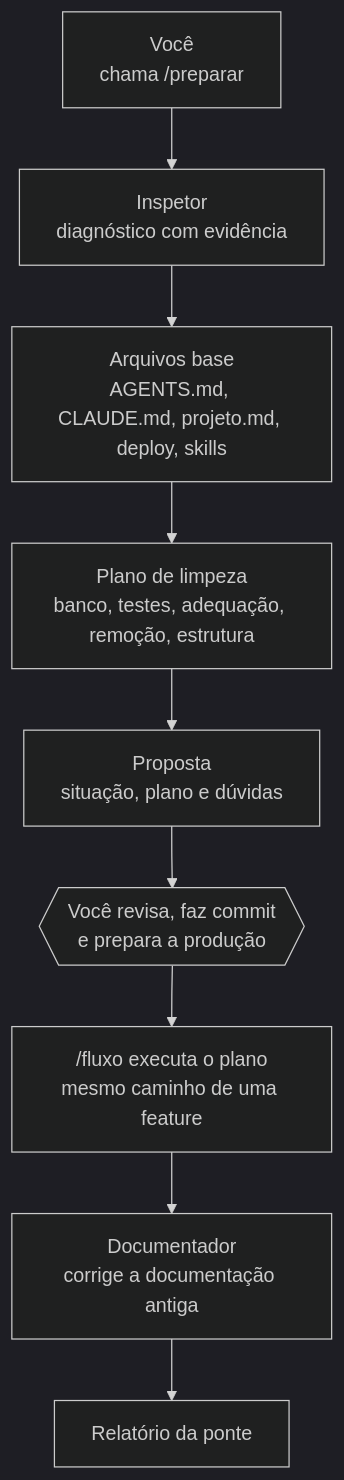
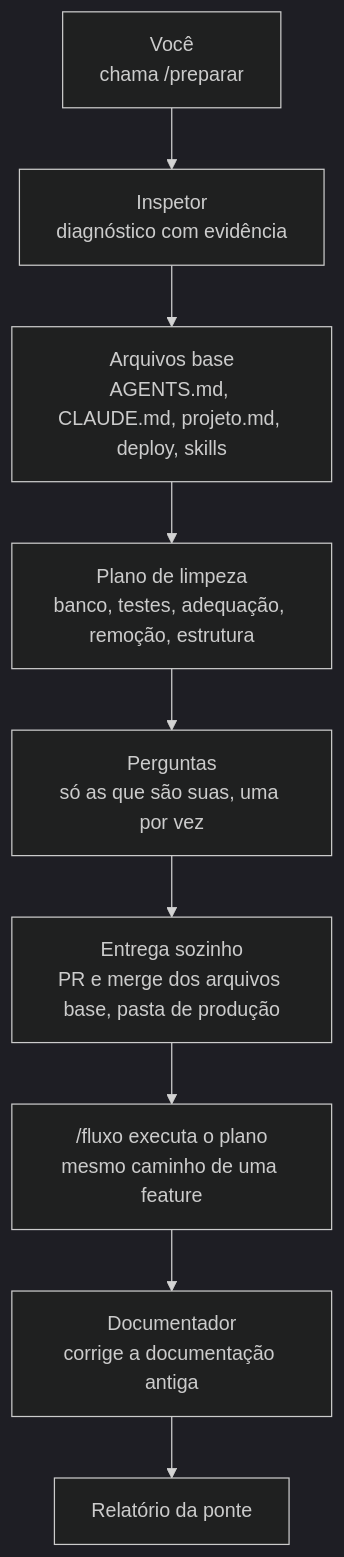
The second of 6 diagrams in README.md (CAAD-LABS/CYBERSTACK), drawn with Mermaid (dark theme) before and after one commit. The commit also changed other lines of this file and 2 other files, not shown here.

First line of the commit message:
/preparar entrega sozinho: PR e merge dos arquivos base e pasta de produção

````diff
--- a/README.md
+++ b/README.md
@@ -128,21 +128,21 @@
 ```mermaid
 flowchart TD
     U["Você<br/>chama /preparar"]
     INS["Inspetor<br/>diagnóstico com evidência"]
     BASE["Arquivos base<br/>AGENTS.md, CLAUDE.md, projeto.md, deploy, skills"]
     PLANO["Plano de limpeza<br/>banco, testes, adequação, remoção, estrutura"]
-    PROP["Proposta<br/>situação, plano e dúvidas"]
-    AP{{"Você revisa, faz commit<br/>e prepara a produção"}}
+    PROP["Perguntas<br/>só as que são suas, uma por vez"]
+    AP["Entrega sozinho<br/>PR e merge dos arquivos base, pasta de produção"]
     FL["/fluxo executa o plano<br/>mesmo caminho de uma feature"]
     DOC["Documentador<br/>corrige a documentação antiga"]
     REL["Relatório da ponte"]
 
     U --> INS
     INS --> BASE
     BASE --> PLANO
     PLANO --> PROP
     PROP --> AP
     AP --> FL
     FL --> DOC
     DOC --> REL
 ```
````
